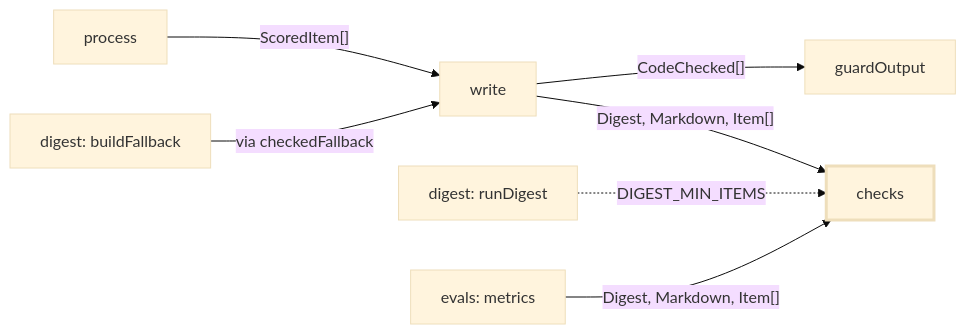
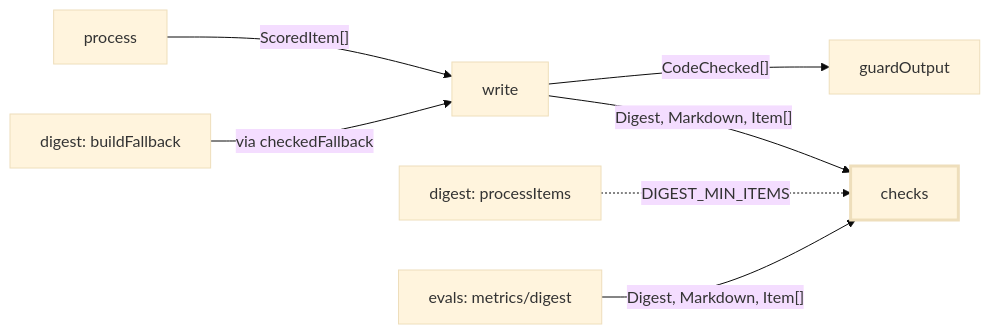
The first of 2 diagrams in src/checks/CLAUDE.md (odere-pro/weekly-engineering-digest-agent), drawn with Mermaid (base theme) before and after one commit. The commit also changed other lines of this file and 119 other files, not shown here.

````diff
--- a/src/checks/CLAUDE.md
+++ b/src/checks/CLAUDE.md
@@ -10,9 +10,9 @@
 ```mermaid
 flowchart LR
   process -->|"ScoredItem[]"| write -->|"CodeChecked[]"| guardOutput
   write -->|"Digest, Markdown, Item[]"| checks:::focus
   fallback["digest: buildFallback"] -->|"via checkedFallback"| write
-  digest["digest: runDigest"] -.->|"DIGEST_MIN_ITEMS"| checks
-  evals["evals: metrics"] -->|"Digest, Markdown, Item[]"| checks
+  digest["digest: processItems"] -.->|"DIGEST_MIN_ITEMS"| checks
+  evals["evals: metrics/digest"] -->|"Digest, Markdown, Item[]"| checks
   classDef focus stroke-width:3px
 ```
````
